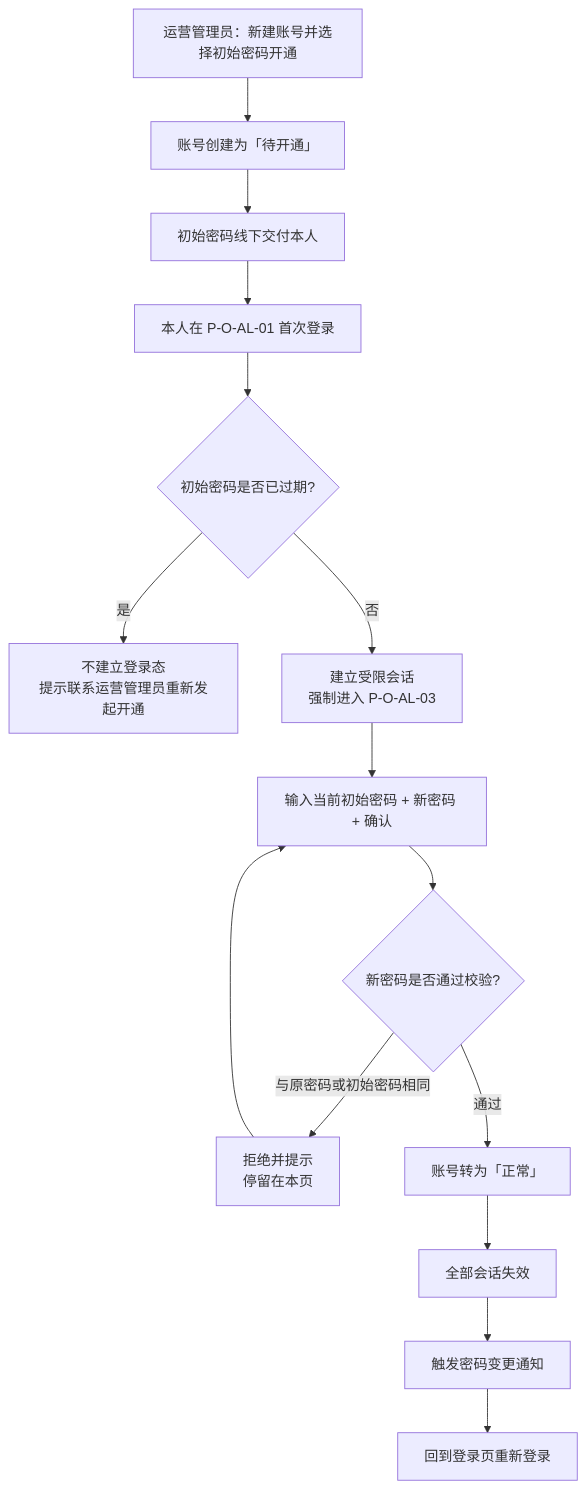
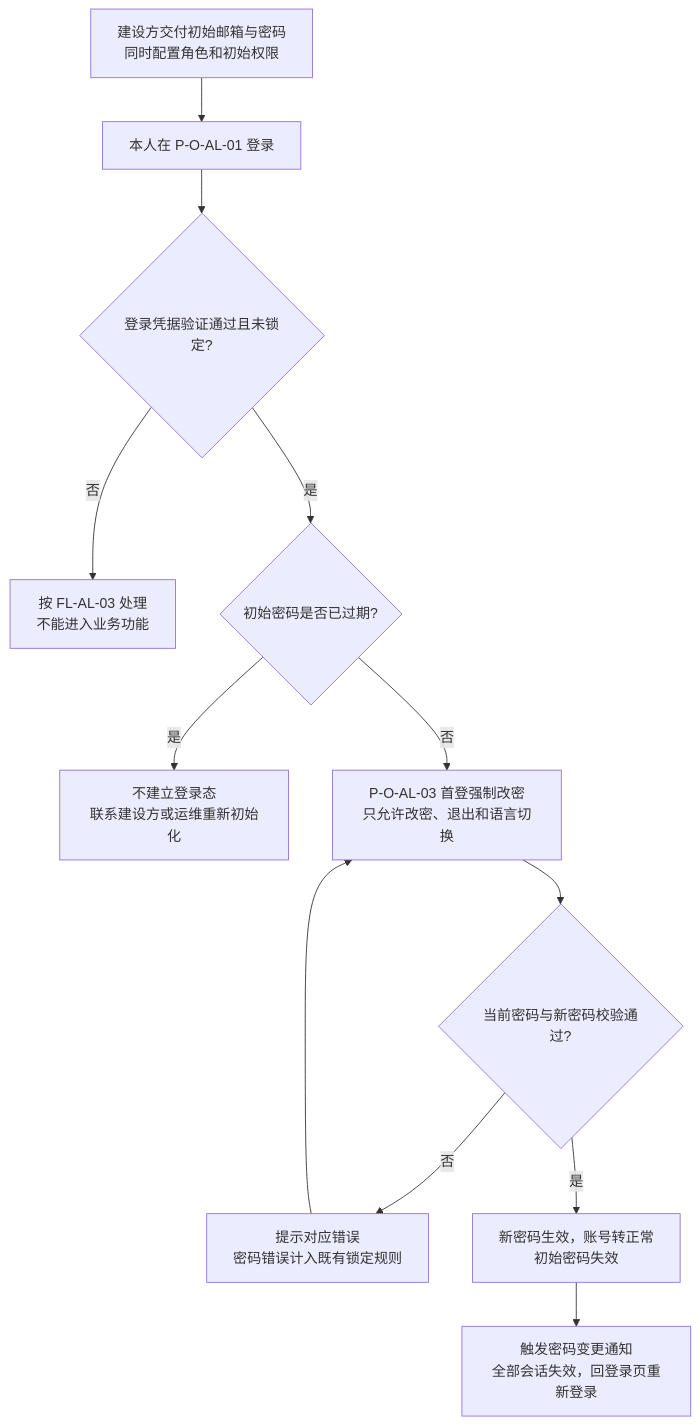
Before and after one commit to wxblockchain/Chain-Financing: the first of 8 diagrams in lending-platform/PRD/v1.0-运营端账户与登录/v1.0-运营端账户与登录-流程图与状态机.md, drawn with Mermaid. The commit also changed other lines of this file and 4 other files, not shown here.

````diff
--- a/lending-platform/PRD/v1.0-运营端账户与登录/v1.0-运营端账户与登录-流程图与状态机.md
+++ b/lending-platform/PRD/v1.0-运营端账户与登录/v1.0-运营端账户与登录-流程图与状态机.md
@@ -49,17 +20,14 @@
 ```mermaid
 flowchart TD
-    A["运营管理员：新建账号并选择初始密码开通"] --> B["账号创建为「待开通」"]
-    B --> C["初始密码线下交付本人"]
-    C --> D["本人在 P-O-AL-01 首次登录"]
-    D --> E{"初始密码是否已过期?"}
-    E -->|是| E1["不建立登录态<br/>提示联系运营管理员重新发起开通"]
-    E -->|否| F["建立受限会话<br/>强制进入 P-O-AL-03"]
-    F --> G["输入当前初始密码 + 新密码 + 确认"]
-    G --> H{"新密码是否通过校验?"}
-    H -->|与原密码或初始密码相同| H1["拒绝并提示<br/>停留在本页"]
-    H1 --> G
-    H -->|通过| I["账号转为「正常」"]
-    I --> J["全部会话失效"]
-    J --> K["触发密码变更通知"]
-    K --> L["回到登录页重新登录"]
+    A["建设方交付初始邮箱与密码<br/>同时配置角色和初始权限"] --> B["本人在 P-O-AL-01 登录"]
+    B --> C{"登录凭据验证通过且未锁定?"}
+    C -->|否| D["按 FL-AL-03 处理<br/>不能进入业务功能"]
+    C -->|是| E{"初始密码是否已过期?"}
+    E -->|是| F["不建立登录态<br/>联系建设方或运维重新初始化"]
+    E -->|否| G["P-O-AL-03 首登强制改密<br/>只允许改密、退出和语言切换"]
+    G --> H{"当前密码与新密码校验通过?"}
+    H -->|否| I["提示对应错误<br/>密码错误计入既有锁定规则"]
+    I --> G
+    H -->|是| J["新密码生效，账号转正常<br/>初始密码失效"]
+    J --> K["触发密码变更通知<br/>全部会话失效，回登录页重新登录"]
 ```
````
